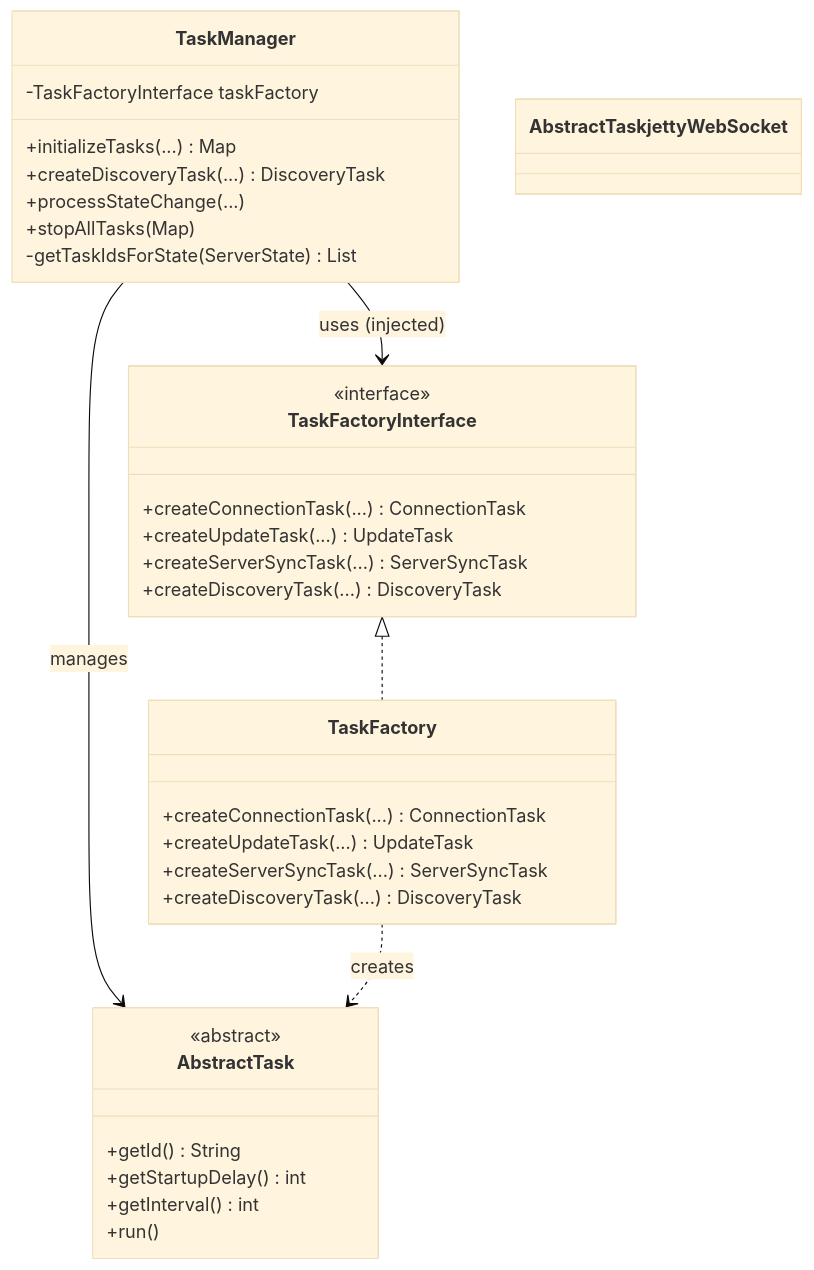
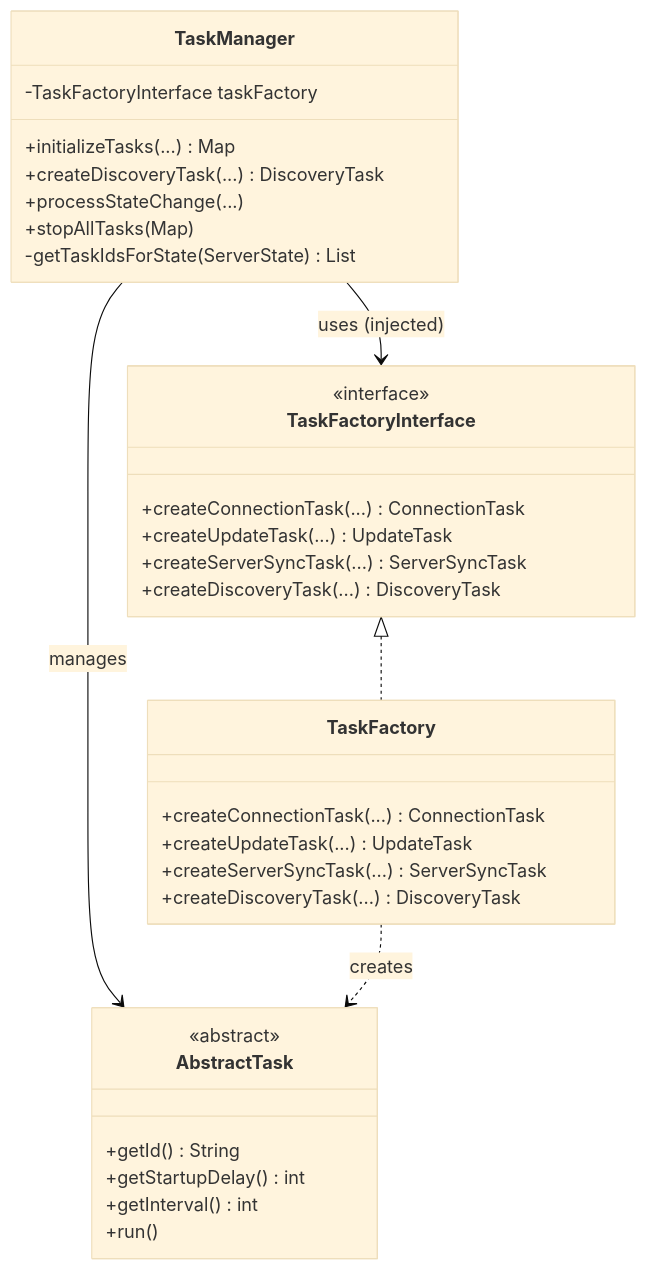
The first of 3 diagrams in bundles/org.openhab.binding.jellyfin/docs/architecture/task-management.md (openhab/openhab-addons), drawn with Mermaid (base theme) before and after one commit. The commit also changed 5 other files, not shown here.

First line of the commit message:
🐛 fix: Correct Mermaid cssClass syntax for color application

````diff
--- a/bundles/org.openhab.binding.jellyfin/docs/architecture/task-management.md
+++ b/bundles/org.openhab.binding.jellyfin/docs/architecture/task-management.md
@@ -30,44 +30,44 @@
 ```mermaid
 classDiagram
     %% Task management relationships
     TaskManager --> TaskFactoryInterface : uses (injected)
     TaskManager --> AbstractTask : manages
     TaskFactoryInterface <|.. TaskFactory
     TaskFactory ..> AbstractTask : creates
 
     class TaskManager {
         -TaskFactoryInterface taskFactory
         +initializeTasks(...) Map
         +createDiscoveryTask(...) DiscoveryTask
         +processStateChange(...)
         +stopAllTasks(Map)
         -getTaskIdsForState(ServerState) List
     }
 
     class TaskFactoryInterface {
         <<interface>>
         +createConnectionTask(...) ConnectionTask
         +createUpdateTask(...) UpdateTask
         +createServerSyncTask(...) ServerSyncTask
         +createDiscoveryTask(...) DiscoveryTask
     }
 
     class TaskFactory {
         +createConnectionTask(...) ConnectionTask
         +createUpdateTask(...) UpdateTask
         +createServerSyncTask(...) ServerSyncTask
         +createDiscoveryTask(...) DiscoveryTask
     }
 
     class AbstractTask {
         <<abstract>>
         +getId() String
         +getStartupDelay() int
         +getInterval() int
         +run()
     }
 
     %% Color scheme for external libraries
     classDef jettyWebSocket fill:#99ccff,stroke:#6699cc,color:#000
-    class AbstractTask jettyWebSocket
+    cssClass "AbstractTask" jettyWebSocket
 ```
````
